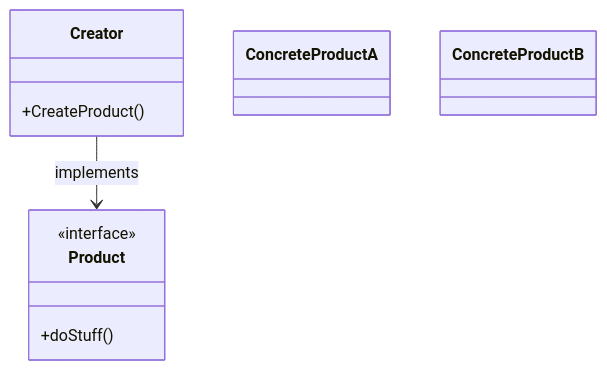
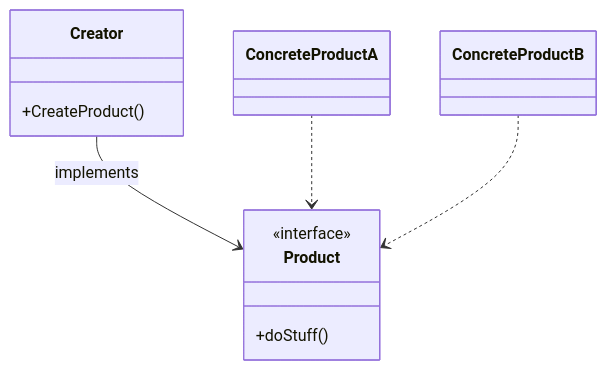
The diagram in readme.md (nahuelDev23/mermaid), drawn with Mermaid before and after one commit.

````diff
--- a/readme.md
+++ b/readme.md
@@ -1,19 +1,22 @@
 ```mermaid
 classDiagram
  
  class Creator{
  +CreateProduct()
  }
  
   class Product{
   +doStuff()
  }
  <<interface>> Product
  
  Creator --> Product : implements
  
  class ConcreteProductA 
  class ConcreteProductB 
+ 
+ ConcreteProductA ..> Product
+ ConcreteProductB ..> Product
 
  
 ```
````
